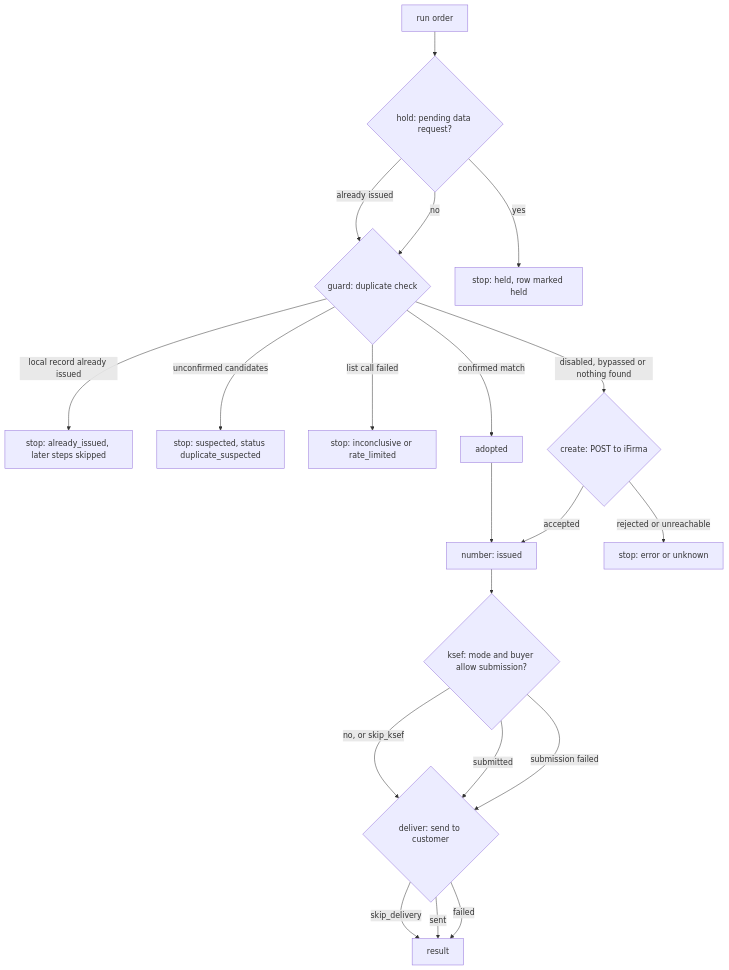
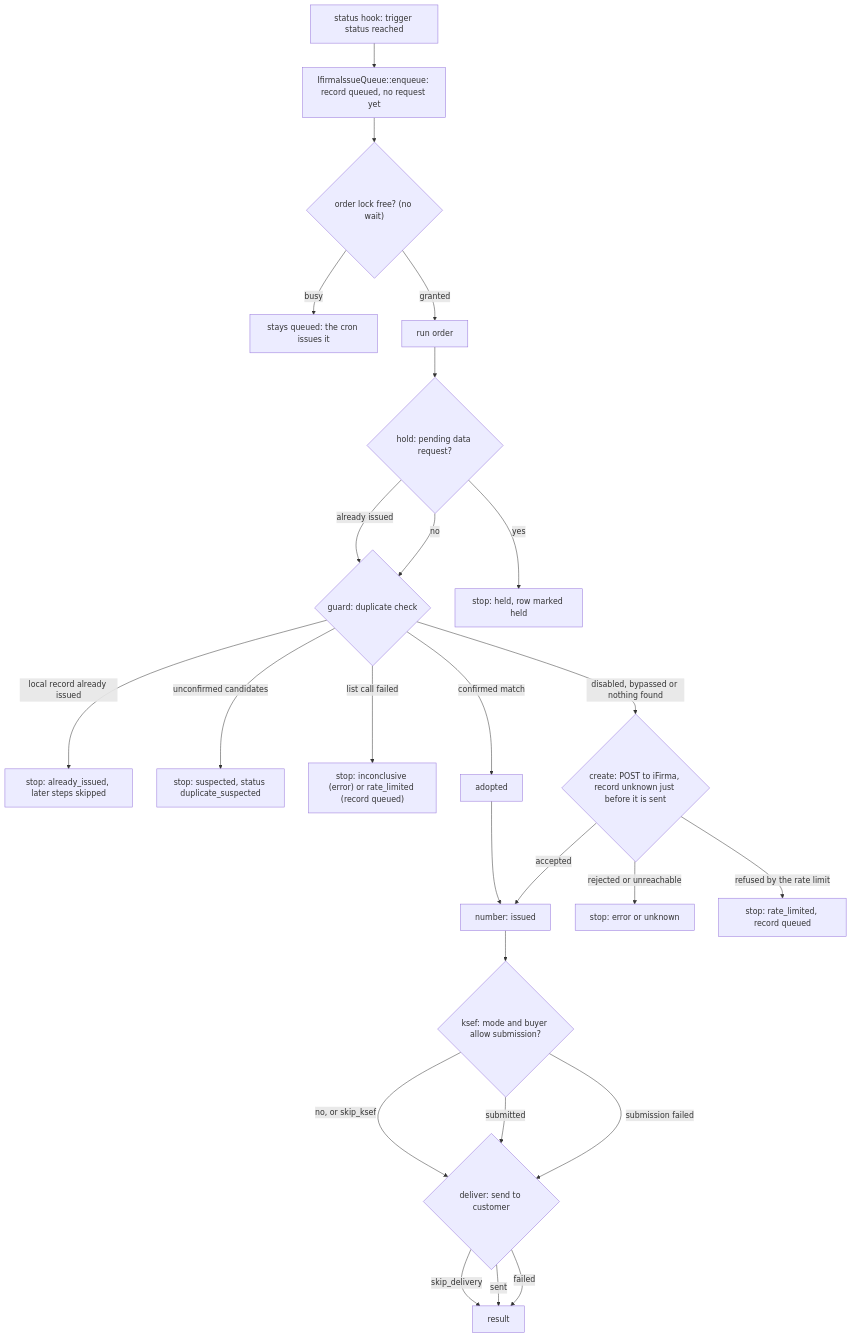
Before and after one commit to SecCodeSmith/prestashop-integration-with-iFirma: the second of 2 diagrams in docs/architecture.md, drawn with Mermaid. The commit also changed other lines of this file and 76 other files, not shown here.

````diff
--- a/docs/architecture.md
+++ b/docs/architecture.md
@@ -216,22 +217,27 @@
 ```mermaid
 flowchart TD
+    HOOK["status hook: trigger status reached"] --> ENQ["IfirmaIssueQueue::enqueue: record queued, no request yet"]
+    ENQ --> LOCK{"order lock free? (no wait)"}
+    LOCK -- "busy" --> QUEUED["stays queued: the cron issues it"]
+    LOCK -- "granted" --> START
     START["run order"] --> HOLD{"hold: pending data request?"}
     HOLD -- "already issued" --> GUARD
     HOLD -- "yes" --> HELD["stop: held, row marked held"]
     HOLD -- "no" --> GUARD{"guard: duplicate check"}
     GUARD -- "local record already issued" --> DONE1["stop: already_issued, later steps skipped"]
     GUARD -- "unconfirmed candidates" --> SUSP["stop: suspected, status duplicate_suspected"]
-    GUARD -- "list call failed" --> INC["stop: inconclusive or rate_limited"]
+    GUARD -- "list call failed" --> INC["stop: inconclusive (error) or rate_limited (record queued)"]
     GUARD -- "confirmed match" --> ADOPT["adopted"]
     GUARD -- "disabled, bypassed or nothing found" --> CREATE
     ADOPT --> NUMBER
-    CREATE{"create: POST to iFirma"} -- "rejected or unreachable" --> ERR["stop: error or unknown"]
+    CREATE{"create: POST to iFirma, record unknown just before it is sent"} -- "rejected or unreachable" --> ERR["stop: error or unknown"]
+    CREATE -- "refused by the rate limit" --> RL["stop: rate_limited, record queued"]
     CREATE -- "accepted" --> NUMBER["number: issued"]
     NUMBER --> KSEF{"ksef: mode and buyer allow submission?"}
     KSEF -- "no, or skip_ksef" --> DELIVER
     KSEF -- "submitted" --> DELIVER
     KSEF -- "submission failed" --> DELIVER
     DELIVER{"deliver: send to customer"} -- "skip_delivery" --> FIN["result"]
     DELIVER -- "sent" --> FIN
     DELIVER -- "failed" --> FIN
 ```
````
